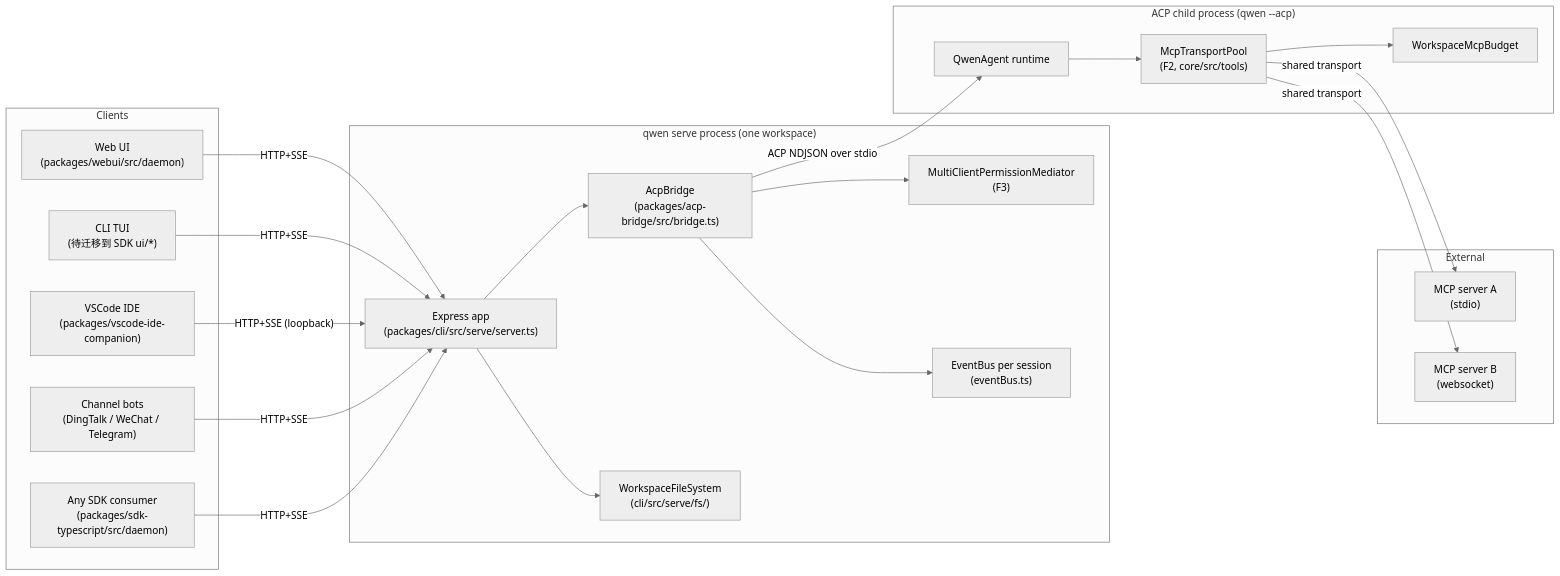
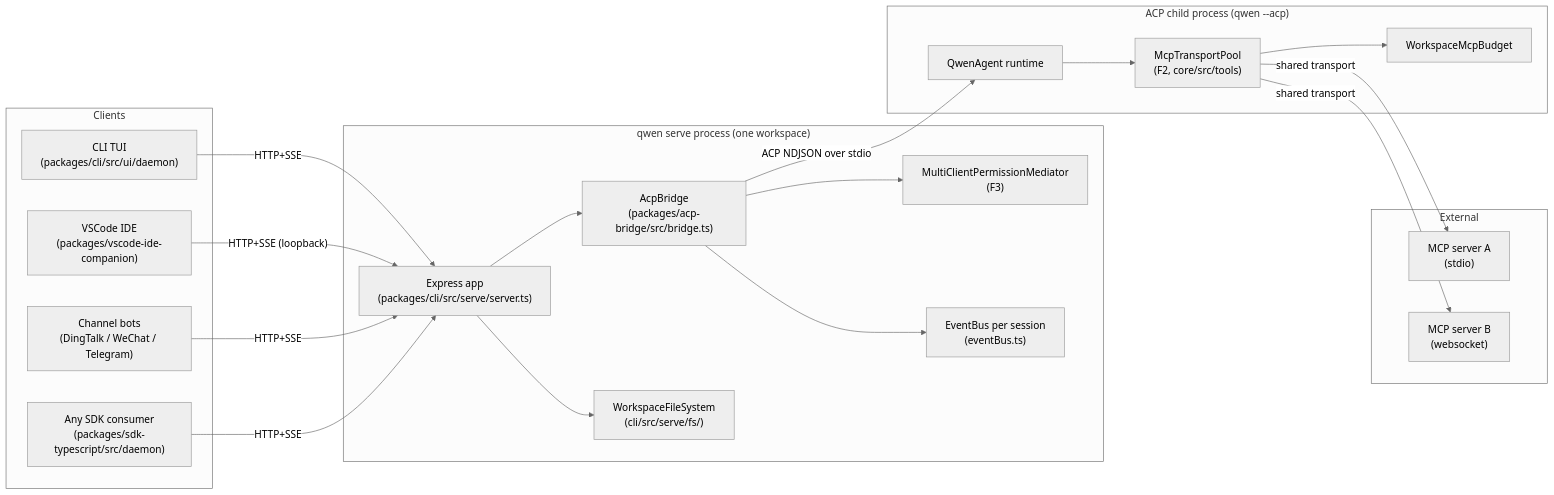
Before and after one commit to QwenLM/qwen-code: the first of 7 diagrams in docs/developers/daemon/01-architecture.md, drawn with Mermaid (neutral theme). The commit also changed other lines of this file and 23 other files, not shown here.

````diff
--- a/docs/developers/daemon/01-architecture.md
+++ b/docs/developers/daemon/01-architecture.md
@@ -13,46 +13,44 @@
 ```mermaid
 flowchart LR
     subgraph clients["Clients"]
-        WUI["Web UI<br/>(packages/webui/src/daemon)"]
-        TUI["CLI TUI<br/>(待迁移到 SDK ui/*)"]
+        TUI["CLI TUI<br/>(packages/cli/src/ui/daemon)"]
         IDE["VSCode IDE<br/>(packages/vscode-ide-companion)"]
         CH["Channel bots<br/>(DingTalk / WeChat / Telegram)"]
         SDK["Any SDK consumer<br/>(packages/sdk-typescript/src/daemon)"]
     end
 
     subgraph daemon["qwen serve process (one workspace)"]
         EXP["Express app<br/>(packages/cli/src/serve/server.ts)"]
         BR["AcpBridge<br/>(packages/acp-bridge/src/bridge.ts)"]
         MED["MultiClientPermissionMediator<br/>(F3)"]
         EB["EventBus per session<br/>(eventBus.ts)"]
         FS["WorkspaceFileSystem<br/>(cli/src/serve/fs/)"]
     end
 
     subgraph child["ACP child process (qwen --acp)"]
         AGT["QwenAgent runtime"]
         POOL["McpTransportPool<br/>(F2, core/src/tools)"]
         BDG["WorkspaceMcpBudget"]
     end
 
     subgraph external["External"]
         MCP1["MCP server A<br/>(stdio)"]
         MCP2["MCP server B<br/>(websocket)"]
     end
 
-    WUI -- "HTTP+SSE" --> EXP
     TUI -- "HTTP+SSE" --> EXP
     IDE -- "HTTP+SSE (loopback)" --> EXP
     CH -- "HTTP+SSE" --> EXP
     SDK -- "HTTP+SSE" --> EXP
 
     EXP --> BR
     BR --> MED
     BR --> EB
     EXP --> FS
 
     BR -- "ACP NDJSON over stdio" --> AGT
     AGT --> POOL
     POOL --> BDG
     POOL -- "shared transport" --> MCP1
     POOL -- "shared transport" --> MCP2
 ```
````
